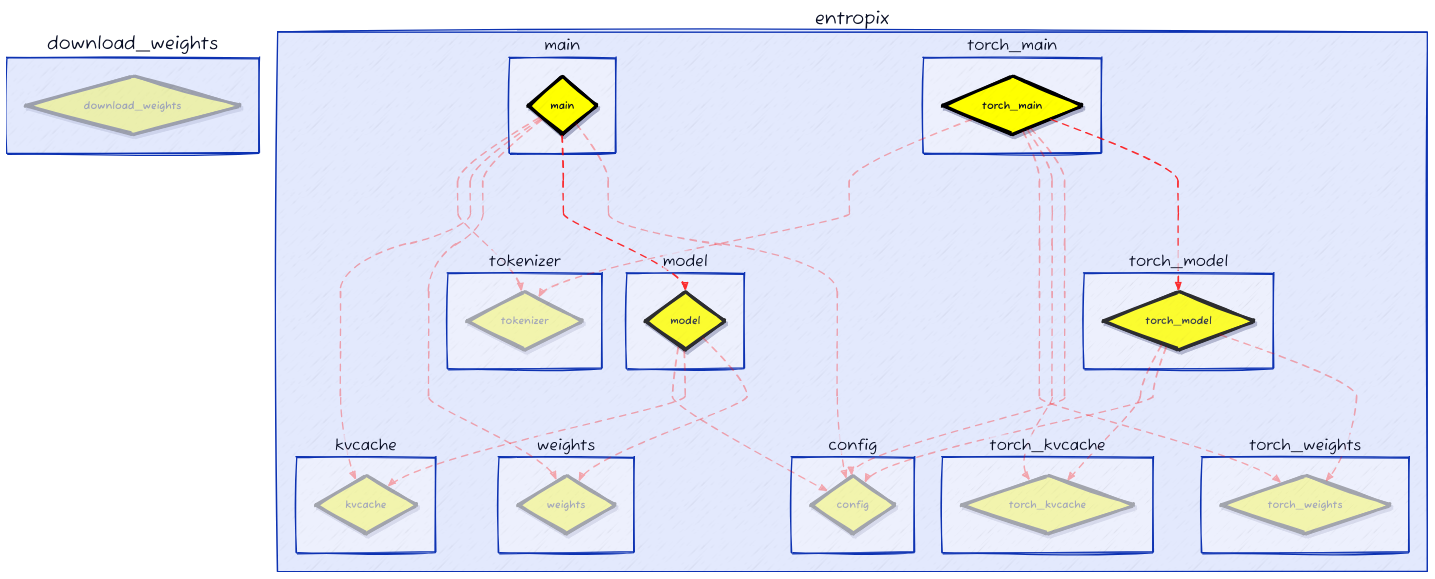
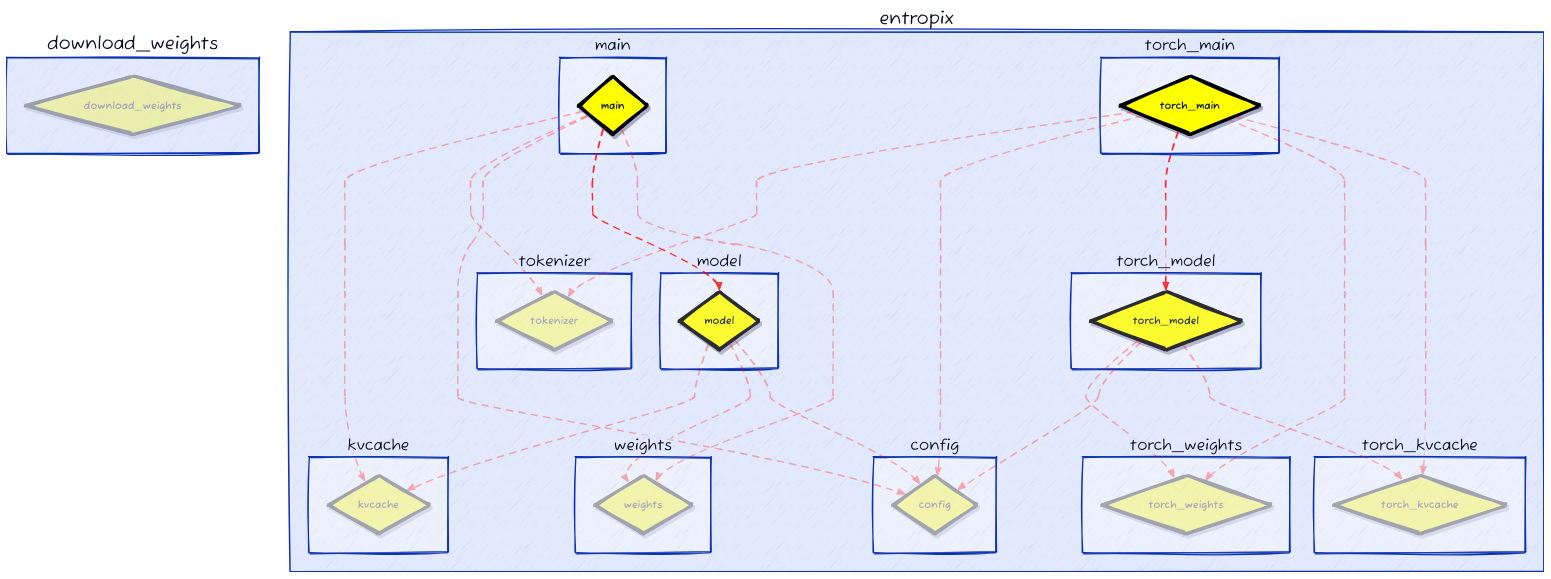
Before and after one commit to fangyuan-ksgk/heuristic-search: the diagram in eoh/d2_output/commit_1_progress_0.44.d2, drawn with D2. The commit also changed other lines of this file and 204 other files, not shown here.

```diff
--- a/eoh/d2_output/commit_1_progress_0.44.d2
+++ b/eoh/d2_output/commit_1_progress_0.44.d2
@@ -145,20 +145,6 @@
     shadow: true
   }
 }
-entropix.main.main -> entropix.tokenizer.tokenizer: {
-  style.stroke: red
-  style.opacity: 0.31
-  style.stroke-width: 2
-  style.stroke-dash: 5
-  style.animated: true
-}
-entropix.main.main -> entropix.kvcache.kvcache: {
-  style.stroke: red
-  style.opacity: 0.31
-  style.stroke-width: 2
-  style.stroke-dash: 5
-  style.animated: true
-}
 entropix.main.main -> entropix.weights.weights: {
   style.stroke: red
   style.opacity: 0.31
@@ -180,7 +166,28 @@
   style.stroke-dash: 5
   style.animated: true
 }
+entropix.main.main -> entropix.tokenizer.tokenizer: {
+  style.stroke: red
+  style.opacity: 0.31
+  style.stroke-width: 2
+  style.stroke-dash: 5
+  style.animated: true
+}
+entropix.main.main -> entropix.kvcache.kvcache: {
+  style.stroke: red
+  style.opacity: 0.31
+  style.stroke-width: 2
+  style.stroke-dash: 5
+  style.animated: true
+}
 entropix.model.model -> entropix.config.config: {
+  style.stroke: red
+  style.opacity: 0.31
+  style.stroke-width: 2
+  style.stroke-dash: 5
+  style.animated: true
+}
+entropix.model.model -> entropix.weights.weights: {
   style.stroke: red
   style.opacity: 0.31
   style.stroke-width: 2
@@ -194,14 +201,7 @@
   style.stroke-dash: 5
   style.animated: true
 }
-entropix.model.model -> entropix.weights.weights: {
-  style.stroke: red
-  style.opacity: 0.31
-  style.stroke-width: 2
-  style.stroke-dash: 5
-  style.animated: true
-}
-entropix.torch_main.torch_main -> entropix.tokenizer.tokenizer: {
+entropix.torch_main.torch_main -> entropix.torch_kvcache.torch_kvcache: {
   style.stroke: red
   style.opacity: 0.31
   style.stroke-width: 2
@@ -215,9 +215,9 @@
   style.stroke-dash: 5
   style.animated: true
 }
-entropix.torch_main.torch_main -> entropix.torch_kvcache.torch_kvcache: {
+entropix.torch_main.torch_main -> entropix.torch_model.torch_model: {
   style.stroke: red
-  style.opacity: 0.31
+  style.opacity: 0.81
   style.stroke-width: 2
   style.stroke-dash: 5
   style.animated: true
@@ -229,9 +229,9 @@
   style.stroke-dash: 5
   style.animated: true
 }
-entropix.torch_main.torch_main -> entropix.torch_model.torch_model: {
+entropix.torch_main.torch_main -> entropix.tokenizer.tokenizer: {
   style.stroke: red
-  style.opacity: 0.81
+  style.opacity: 0.31
   style.stroke-width: 2
   style.stroke-dash: 5
   style.animated: true
```
